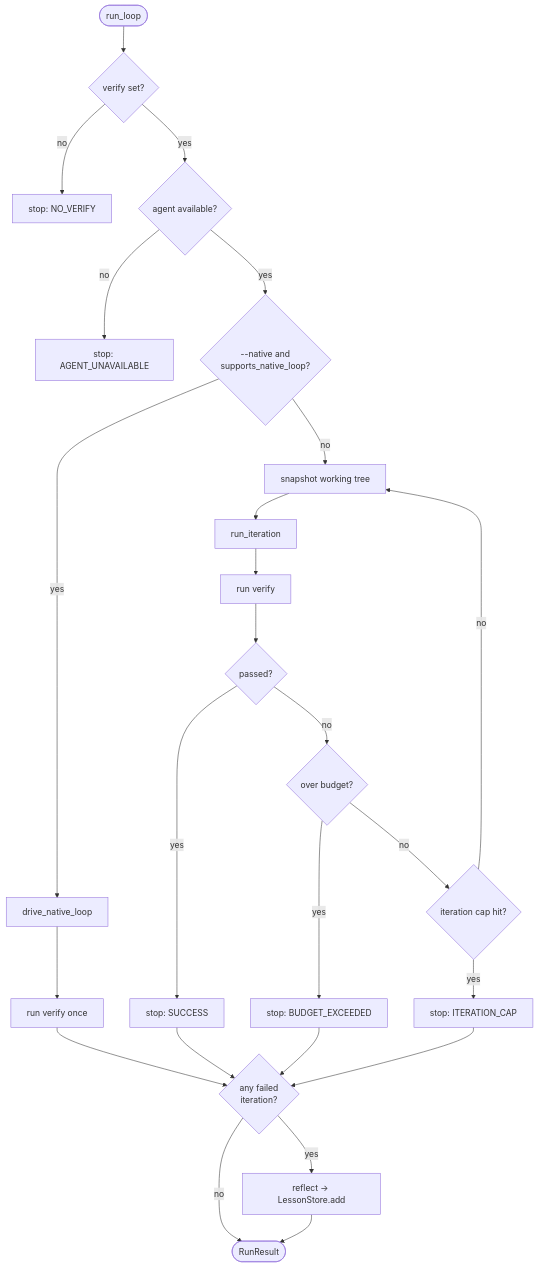
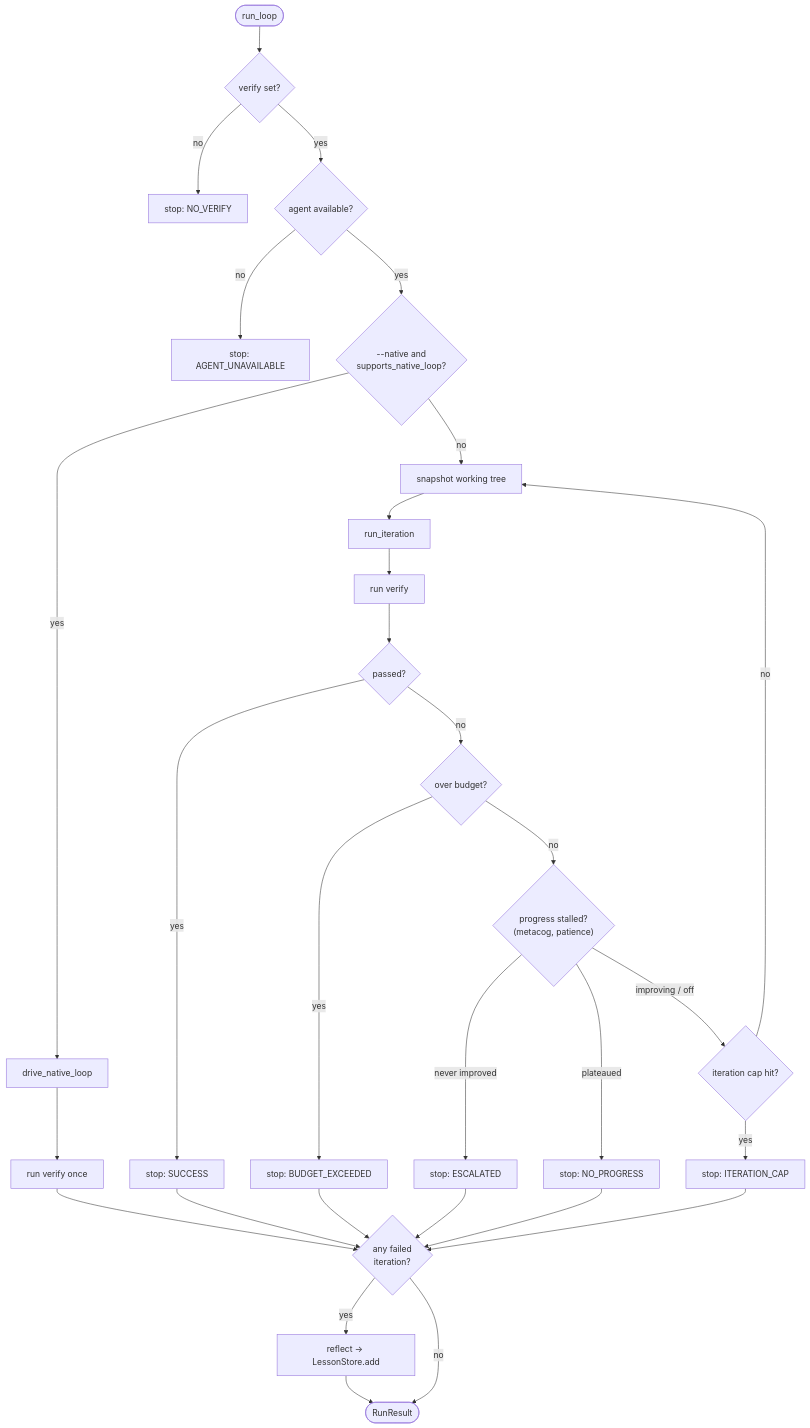
The second of 4 diagrams in docs/architecture.md (andrewli8/looptight), drawn with Mermaid before and after one commit. The commit also changed other lines of this file and 10 other files, not shown here.

````diff
--- a/docs/architecture.md
+++ b/docs/architecture.md
@@ -62,30 +62,35 @@
 ```mermaid
 flowchart TD
     Start(["run_loop"]) --> V{"verify set?"}
     V -- no --> StopNV["stop: NO_VERIFY"]
     V -- yes --> A{"agent available?"}
     A -- no --> StopAU["stop: AGENT_UNAVAILABLE"]
     A -- yes --> N{"--native and<br/>supports_native_loop?"}
 
     N -- yes --> D["drive_native_loop"]
     D --> DV["run verify once"]
     DV --> R{"any failed<br/>iteration?"}
 
     N -- no --> S["snapshot working tree"]
     S --> I["run_iteration"]
     I --> SV["run verify"]
     SV --> P{"passed?"}
     P -- yes --> Win["stop: SUCCESS"]
     P -- no --> B{"over budget?"}
     B -- yes --> StopB["stop: BUDGET_EXCEEDED"]
-    B -- no --> C{"iteration cap hit?"}
+    B -- no --> M{"progress stalled?<br/>(metacog, patience)"}
+    M -- never improved --> StopE["stop: ESCALATED"]
+    M -- plateaued --> StopNP["stop: NO_PROGRESS"]
+    M -- improving / off --> C{"iteration cap hit?"}
     C -- yes --> StopC["stop: ITERATION_CAP"]
     C -- no --> S
 
     Win --> R
     StopB --> R
     StopC --> R
+    StopE --> R
+    StopNP --> R
     R -- yes --> Reflect["reflect → LessonStore.add"]
     R -- no --> Done(["RunResult"])
     Reflect --> Done
 ```
````
